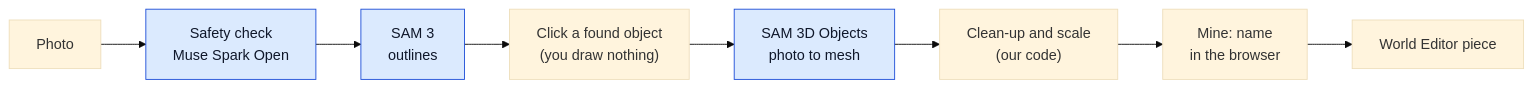
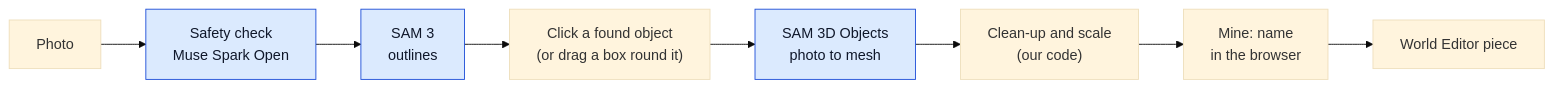
One commit to gitgithan/conquercourse changed the seventh of 8 diagrams in README.md. Above: the diagram before and after it, drawn with Mermaid (base theme). The commit also changed other lines of this file and 4 other files, not shown here.

````diff
--- a/README.md
+++ b/README.md
@@ -542,12 +543,12 @@
 ```mermaid
 flowchart LR
   A["Photo"] --> B["Safety check<br/>Muse Spark Open"]
   B --> C["SAM 3<br/>outlines"]
-  C --> D["Click a found object<br/>(you draw nothing)"]
+  C --> D["Click a found object<br/>(or drag a box round it)"]
   D --> E["SAM 3D Objects<br/>photo to mesh"]
   E --> F["Clean-up and scale<br/>(our code)"]
   F --> G["Mine: name<br/>in the browser"]
   G --> H["World Editor piece"]
   classDef meta fill:#dbeafe,stroke:#1d4ed8,color:#0f172a;
   class B,C,E meta;
 ```
````
